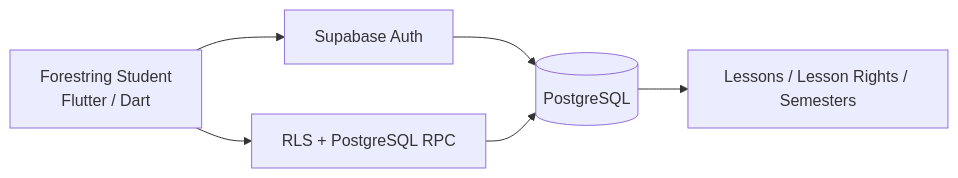
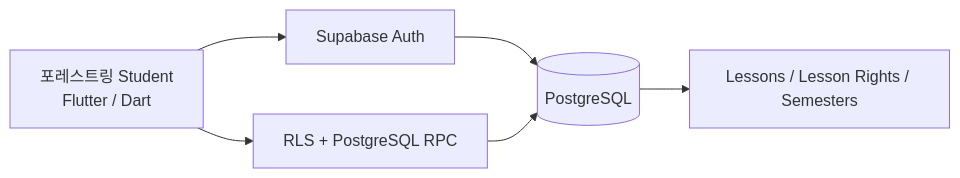
One commit to B-Dandelion/forestring_stu changed the second of 2 diagrams in README.md. Above: the diagram before and after it, drawn with Mermaid. The commit also changed other lines of this file, not shown here.

Commit message:
docs: polish student app README for portfolio

````diff
--- a/README.md
+++ b/README.md
@@ -74,9 +77,9 @@
 ```mermaid
 flowchart LR
-    APP[Forestring Student\nFlutter / Dart]
+    APP[포레스트링 Student\nFlutter / Dart]
     APP --> AUTH[Supabase Auth]
     APP --> RPC[RLS + PostgreSQL RPC]
     AUTH --> DB[(PostgreSQL)]
     RPC --> DB
     DB --> LESSON[Lessons / Lesson Rights / Semesters]
 ```
````
